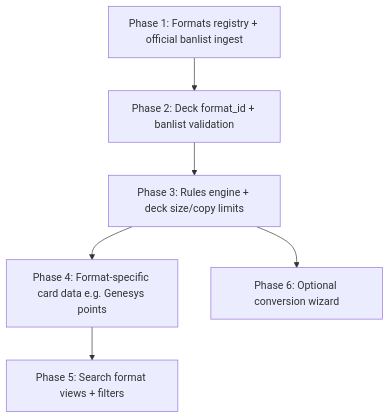
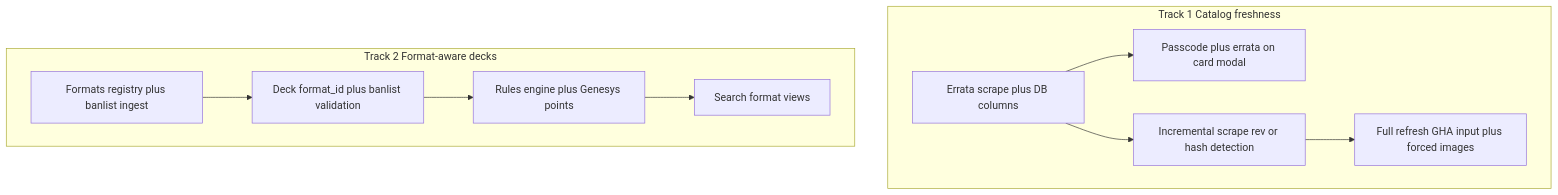
One commit to egera24/YGO-DB changed the diagram in future_must_have_features.md. Above: the diagram before and after it, drawn with Mermaid. The commit also changed other lines of this file, not shown here.

````diff
--- a/future_must_have_features.md
+++ b/future_must_have_features.md
@@ -163,12 +292,18 @@
 ```mermaid
 flowchart TB
-  P1[Phase 1: Formats registry + official banlist ingest]
-  P2[Phase 2: Deck format_id + banlist validation]
-  P3[Phase 3: Rules engine + deck size/copy limits]
-  P4[Phase 4: Format-specific card data e.g. Genesys points]
-  P5[Phase 5: Search format views + filters]
-  P6[Phase 6: Optional conversion wizard]
-
-  P1 --> P2 --> P3 --> P4 --> P5
-  P3 --> P6
+  subgraph trackCatalog [Track 1 Catalog freshness]
+    C1[Errata scrape plus DB columns]
+    C2[Passcode plus errata on card modal]
+    C3[Incremental scrape rev or hash detection]
+    C4[Full refresh GHA input plus forced images]
+    C1 --> C2
+    C1 --> C3 --> C4
+  end
+  subgraph trackFormats [Track 2 Format-aware decks]
+    F1[Formats registry plus banlist ingest]
+    F2[Deck format_id plus banlist validation]
+    F3[Rules engine plus Genesys points]
+    F4[Search format views]
+    F1 --> F2 --> F3 --> F4
+  end
 ```
````
